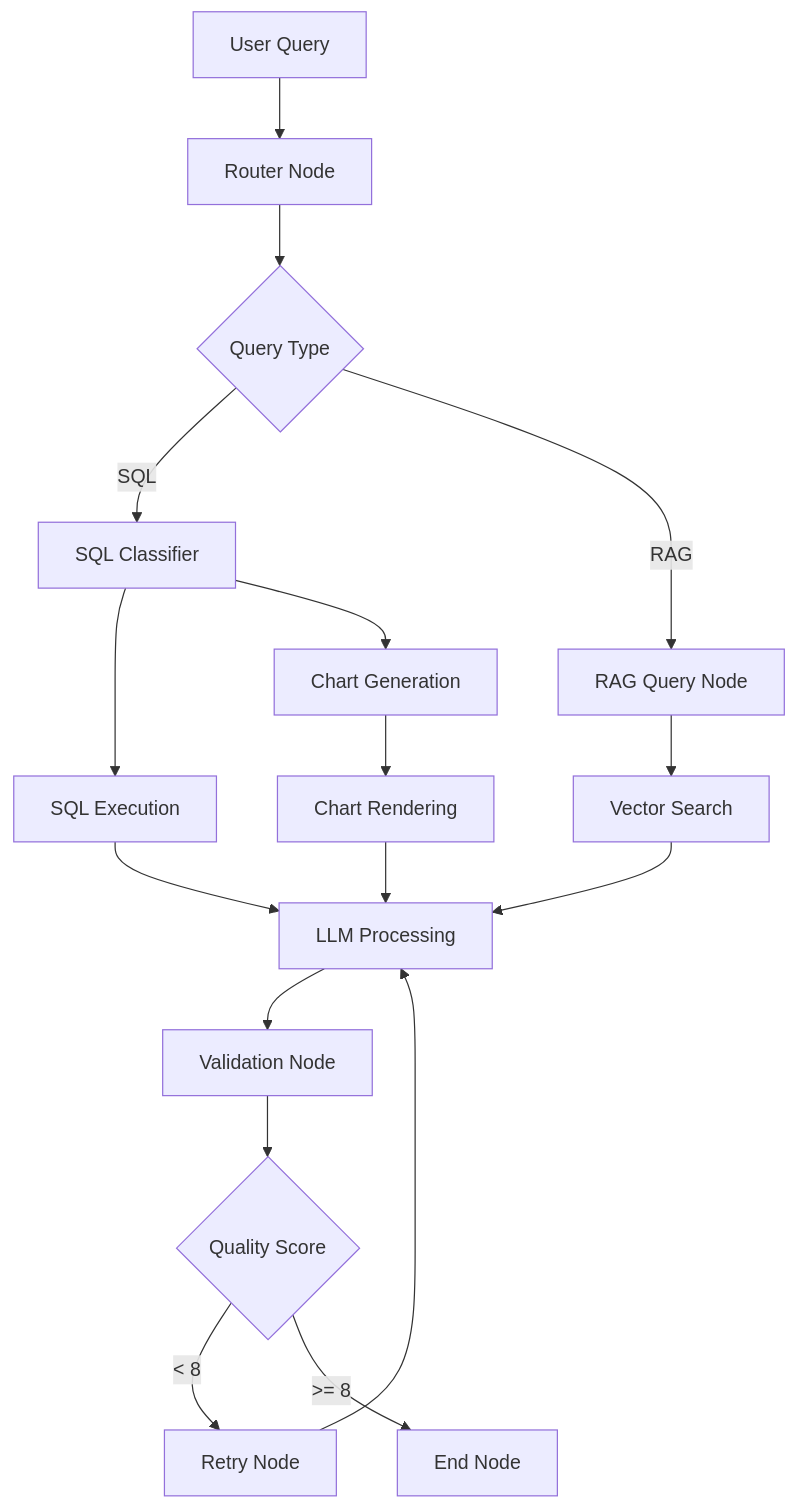
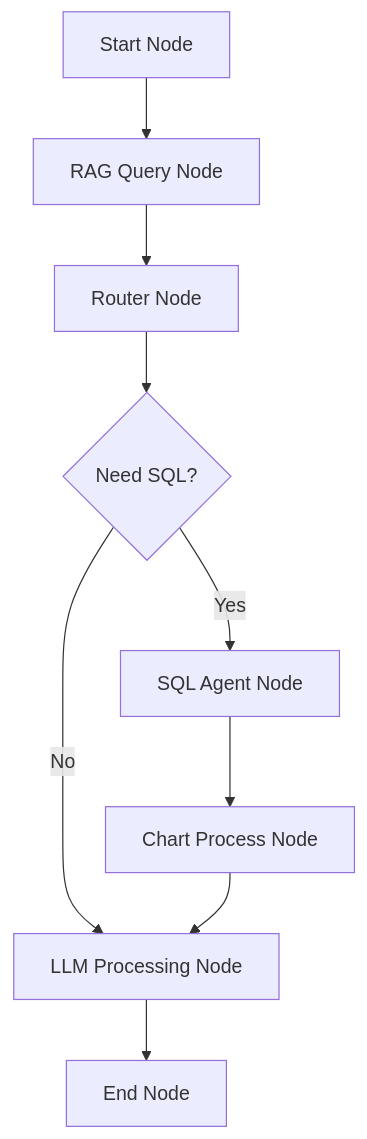
The diagram in server/README.md (470024581/ai-agent), drawn with Mermaid before and after one commit. The commit also changed other lines of this file and 14 other files, not shown here.

Commit message:
feature: add execution display of agent

````diff
--- a/server/README.md
+++ b/server/README.md
@@ -242,19 +255,11 @@
 ```mermaid
 graph TD
-    A[User Query] --> B[Router Node]
-    B --> C{Query Type}
-    C -->|SQL| D[SQL Classifier]
-    C -->|RAG| E[RAG Query Node]
-    D --> F[SQL Execution]
-    D --> G[Chart Generation]
-    E --> H[Vector Search]
-    F --> I[LLM Processing]
-    G --> J[Chart Rendering]
-    H --> I
-    I --> K[Validation Node]
-    J --> I
-    K --> L{Quality Score}
-    L -->|< 8| M[Retry Node]
-    L -->|>= 8| N[End Node]
-    M --> I
+    A[Start Node] --> B[RAG Query Node]
+    B --> C[Router Node]
+    C --> D{Need SQL?}
+    D -->|Yes| E[SQL Agent Node]
+    D -->|No| H[LLM Processing Node]
+    E --> F[Chart Process Node]
+    F --> H
+    H --> I[End Node]
 ```
````
